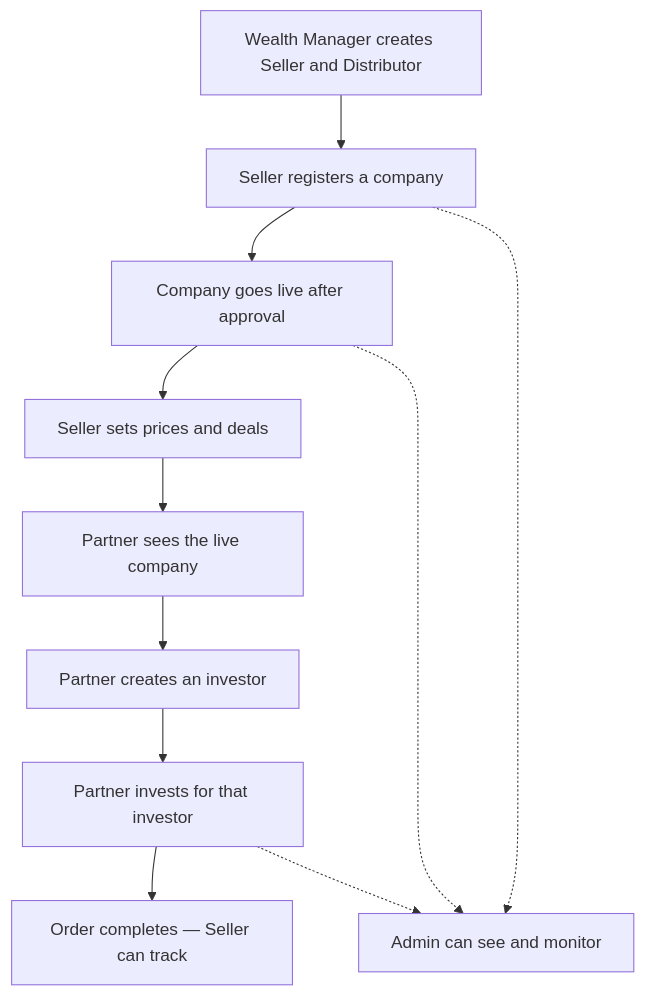
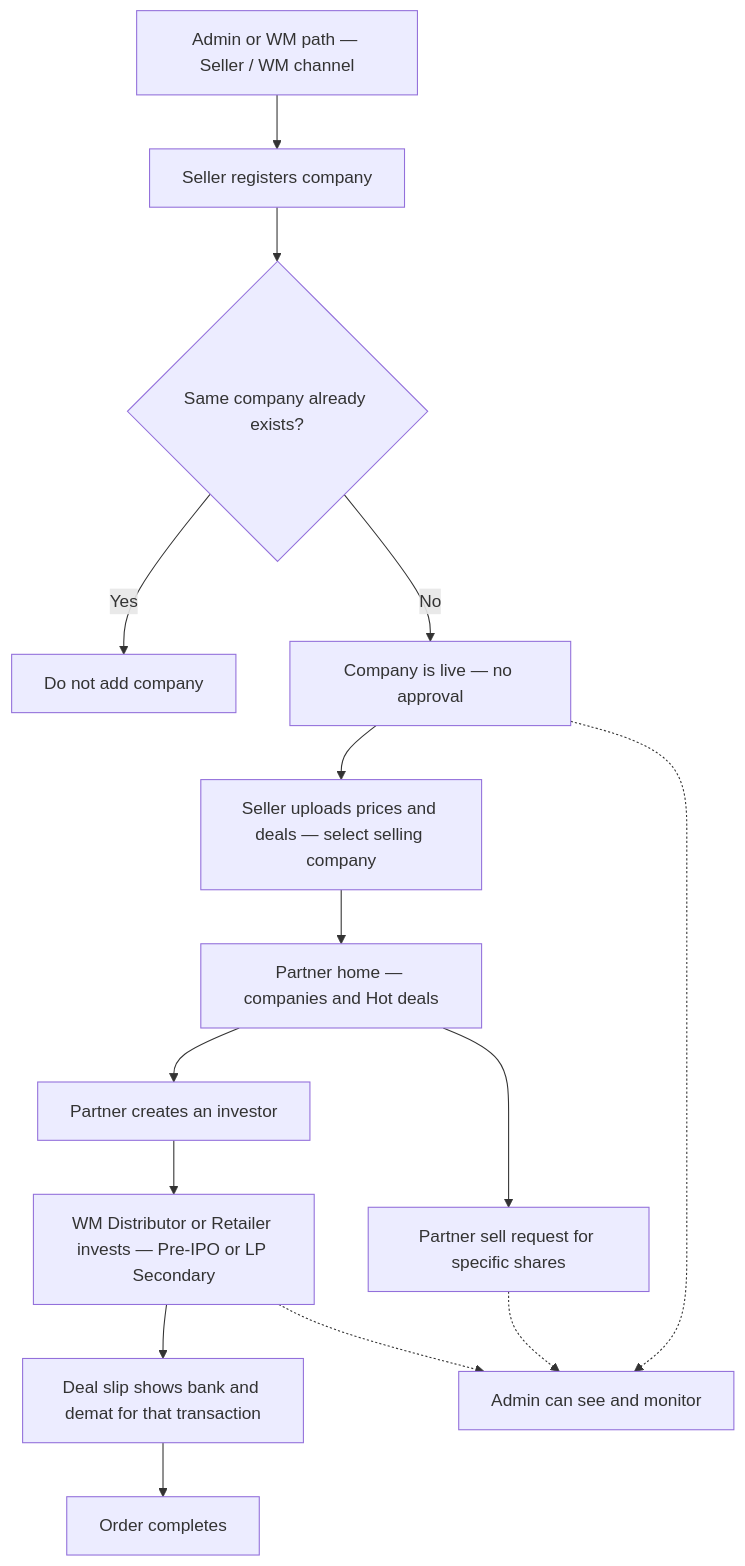
The diagram in docs/workflows/whole-project-flow.md (kavadevelopers/PrivateDealsBackend), drawn with Mermaid before and after one commit. The commit also changed other lines of this file and 16 other files, not shown here.

````diff
--- a/docs/workflows/whole-project-flow.md
+++ b/docs/workflows/whole-project-flow.md
@@ -13,14 +16,18 @@
 ```mermaid
 flowchart TD
-  A[Wealth Manager creates Seller and Distributor] --> B[Seller registers a company]
-  B --> C[Company goes live after approval]
-  C --> D[Seller sets prices and deals]
-  D --> E[Partner sees the live company]
+  A[Admin or WM path — Seller / WM channel] --> B[Seller registers company]
+  B --> Dup{Same company already exists?}
+  Dup -->|Yes| Stop[Do not add company]
+  Dup -->|No| Live[Company is live — no approval]
+  Live --> D[Seller uploads prices and deals — select selling company]
+  D --> E[Partner home — companies and Hot deals]
   E --> F[Partner creates an investor]
-  F --> G[Partner invests for that investor]
-  G --> H[Order completes — Seller can track]
+  F --> G[WM Distributor or Retailer invests — Pre-IPO or LP Secondary]
+  G --> Slip[Deal slip shows bank and demat for that transaction]
+  Slip --> H[Order completes]
+  E --> I[Partner sell request for specific shares]
   AdminSee[Admin can see and monitor]
-  B -.-> AdminSee
-  C -.-> AdminSee
+  Live -.-> AdminSee
   G -.-> AdminSee
+  I -.-> AdminSee
 ```
````
